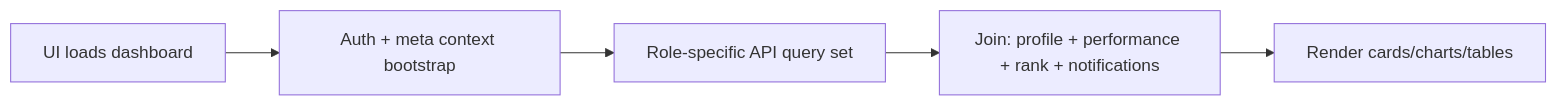
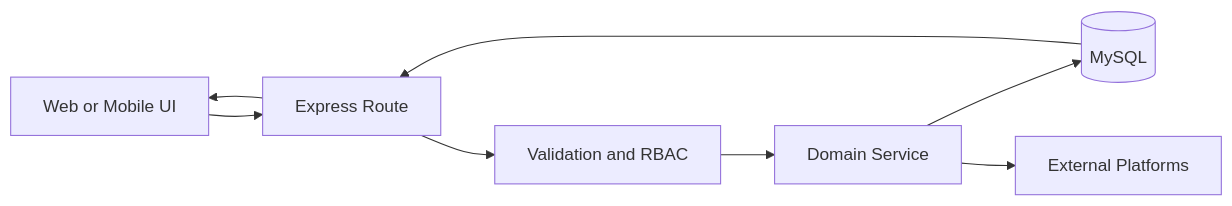
Before and after one commit to ramalokeshreddyp/code_to_win: the eighth of 10 diagrams in architecture.md, drawn with Mermaid. The commit also changed other lines of this file and 35 other files, not shown here.

````diff
--- a/architecture.md
+++ b/architecture.md
@@ -156,7 +202,10 @@
 ```mermaid
 flowchart LR
-  D1[UI loads dashboard] --> D2[Auth + meta context bootstrap]
-  D2 --> D3[Role-specific API query set]
-  D3 --> D4[Join: profile + performance + rank + notifications]
-  D4 --> D5[Render cards/charts/tables]
+  UI[Web or Mobile UI] --> API[Express Route]
+  API --> VAL[Validation and RBAC]
+  VAL --> SVC[Domain Service]
+  SVC --> DB[(MySQL)]
+  SVC --> EXT[External Platforms]
+  DB --> API
+  API --> UI
 ```
````
